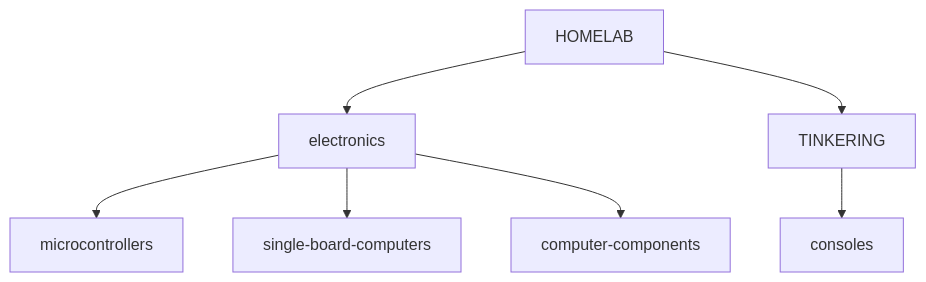
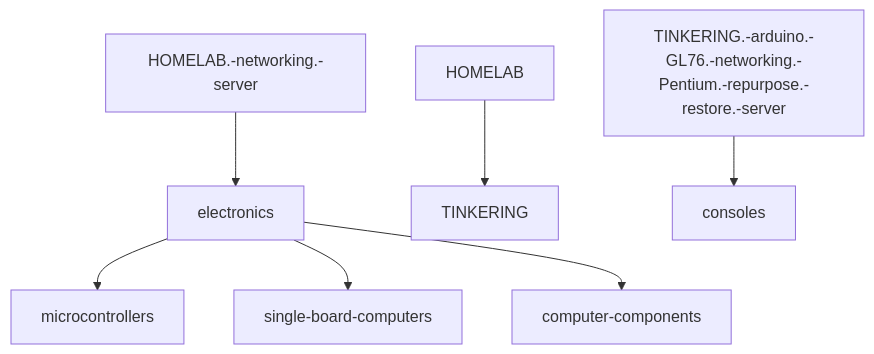
Before and after one commit to pabloqpacin/SLIT: the first of 2 diagrams in test/rows.md, drawn with Mermaid.

````diff
--- a/test/rows.md
+++ b/test/rows.md
@@ -50,9 +50,9 @@
 ```mermaid
 graph TD;
-    HOMELAB-->electronics;
+    HOMELAB.-networking.-server-->electronics;
     HOMELAB-->TINKERING;
     electronics-->microcontrollers;
     electronics-->single-board-computers;
     electronics-->computer-components;
-    TINKERING-->consoles;
+    TINKERING.-arduino.-GL76.-networking.-Pentium.-repurpose.-restore.-server-->consoles;
 ```
````
